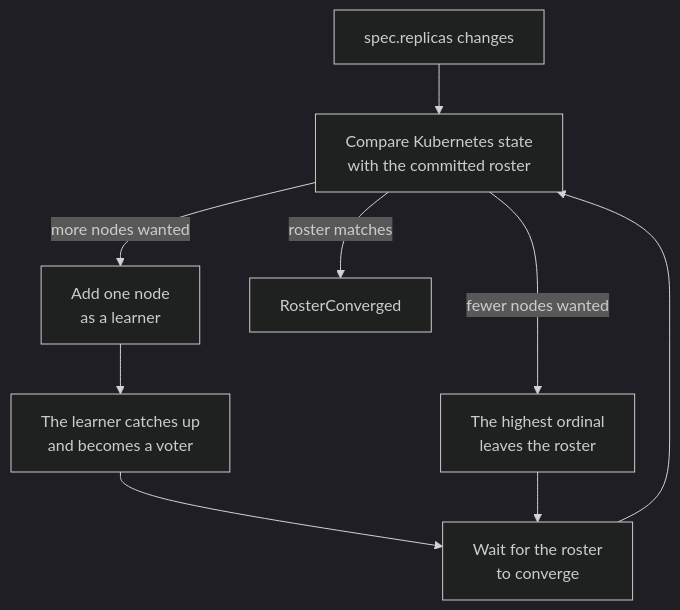
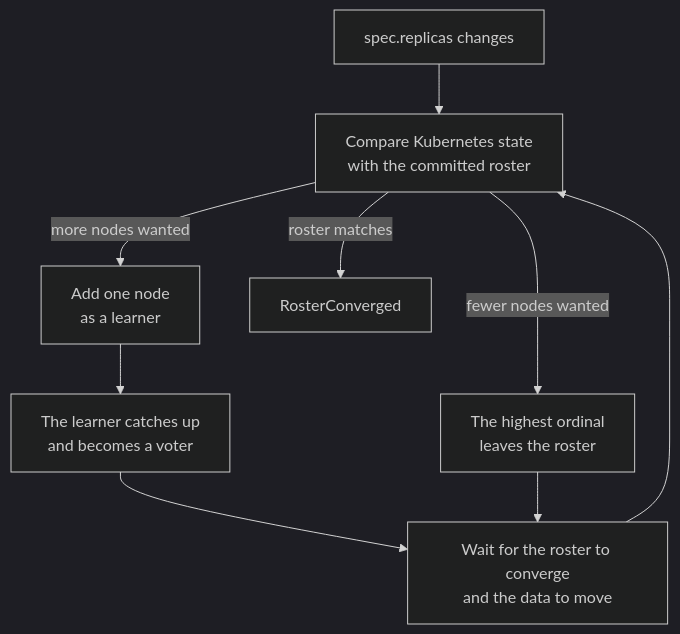
One commit to camusdb/camusdb.github.io changed the second of 2 diagrams in docs/kubernetes-operator.md. Above: the diagram before and after it, drawn with Mermaid (dark theme). The commit also changed other lines of this file and 216 other files, not shown here.

````diff
--- a/docs/kubernetes-operator.md
+++ b/docs/kubernetes-operator.md
@@ -403,11 +398,11 @@
 ```mermaid
 flowchart TD
     S["spec.replicas changes"] --> C["Compare Kubernetes state<br/>with the committed roster"]
     C -->|more nodes wanted| A["Add one node<br/>as a learner"]
     A --> V["The learner catches up<br/>and becomes a voter"]
     C -->|fewer nodes wanted| L["The highest ordinal<br/>leaves the roster"]
-    V --> W["Wait for the roster<br/>to converge"]
+    V --> W["Wait for the roster to converge<br/>and the data to move"]
     L --> W
     W --> C
     C -->|roster matches| D[RosterConverged]
 ```
````
